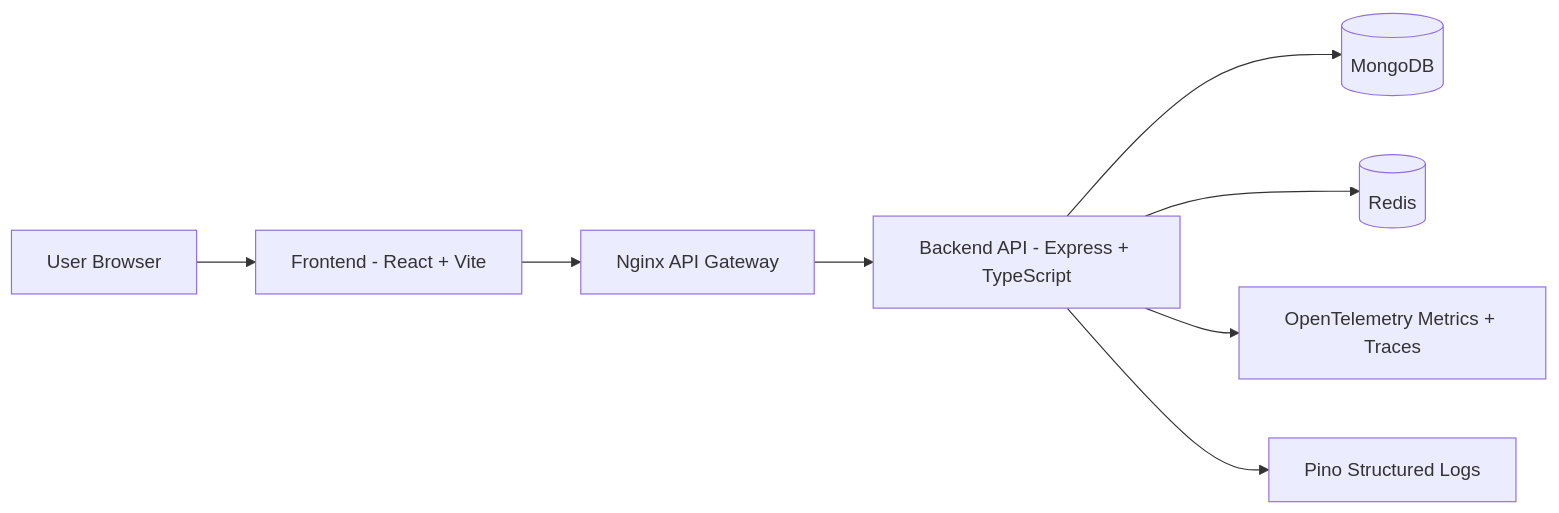
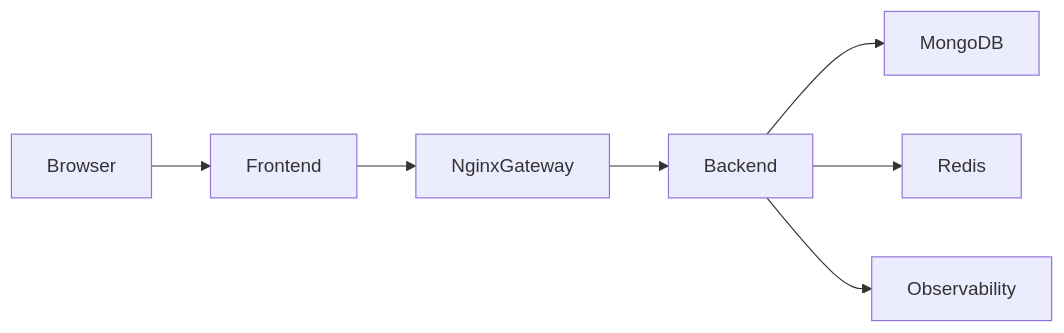
One commit to Rahul-Karki/API-Gateway changed the diagram in README.md. Above: the diagram before and after it, drawn with Mermaid. The commit also changed other lines of this file and 19 other files, not shown here.

````diff
--- a/README.md
+++ b/README.md
@@ -31,11 +26,9 @@
 ```mermaid
 flowchart LR
-    U[User Browser] --> F[Frontend - React + Vite]
-    F --> G[Nginx API Gateway]
-    G --> B[Backend API - Express + TypeScript]
-    B --> M[(MongoDB)]
-    B --> R[(Redis)]
-
-    B --> O[OpenTelemetry Metrics + Traces]
-    B --> L[Pino Structured Logs]
+    Browser --> Frontend
+    Frontend --> NginxGateway
+    NginxGateway --> Backend
+    Backend --> MongoDB
+    Backend --> Redis
+    Backend --> Observability
 ```
````
